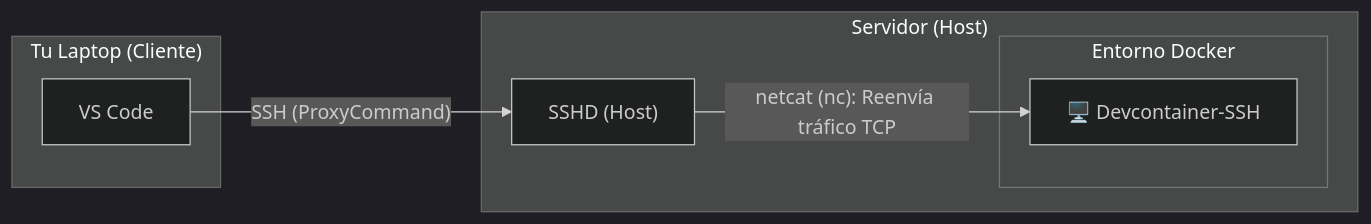
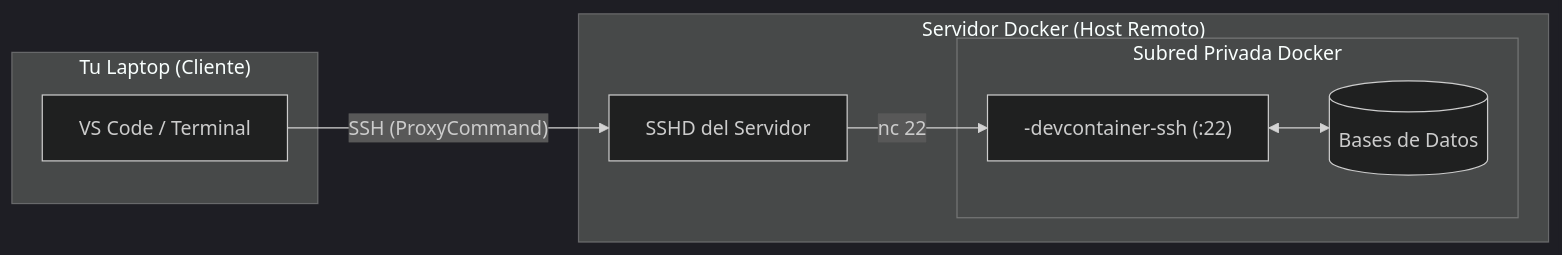
The second of 3 diagrams in README.md (Joacohbc/my-devcontainer-installer), drawn with Mermaid (dark theme) before and after one commit. The commit also changed other lines of this file and 2 other files, not shown here.

First line of the commit message:
docs: clarify network topologies and fix SSH port 22 references

````diff
--- a/README.md
+++ b/README.md
@@ -149,17 +157,19 @@
 ```mermaid
 graph LR
     subgraph Laptop["Tu Laptop (Cliente)"]
-        VSCode["VS Code"]
+        VSCode["VS Code / Terminal"]
     end
     
-    subgraph Server["Servidor (Host)"]
-        SSHD["SSHD (Host)"]
+    subgraph Server["Servidor Docker (Host Remoto)"]
+        SSHD["SSHD del Servidor"]
         
-        subgraph DockerEnv["Entorno Docker"]
-            DevContainer["🖥️ Devcontainer-SSH"]
+        subgraph DockerEnv["Subred Privada Docker"]
+            DevContainer["<workspace>-devcontainer-ssh (:22)"]
+            DBs[("Bases de Datos")]
         end
     end
     
     VSCode -- "SSH (ProxyCommand)" --> SSHD
-    SSHD -- "netcat (nc): Reenvía tráfico TCP" --> DevContainer
+    SSHD -- "nc <IP-privada> 22" --> DevContainer
+    DevContainer <--> DBs
 ```
````
